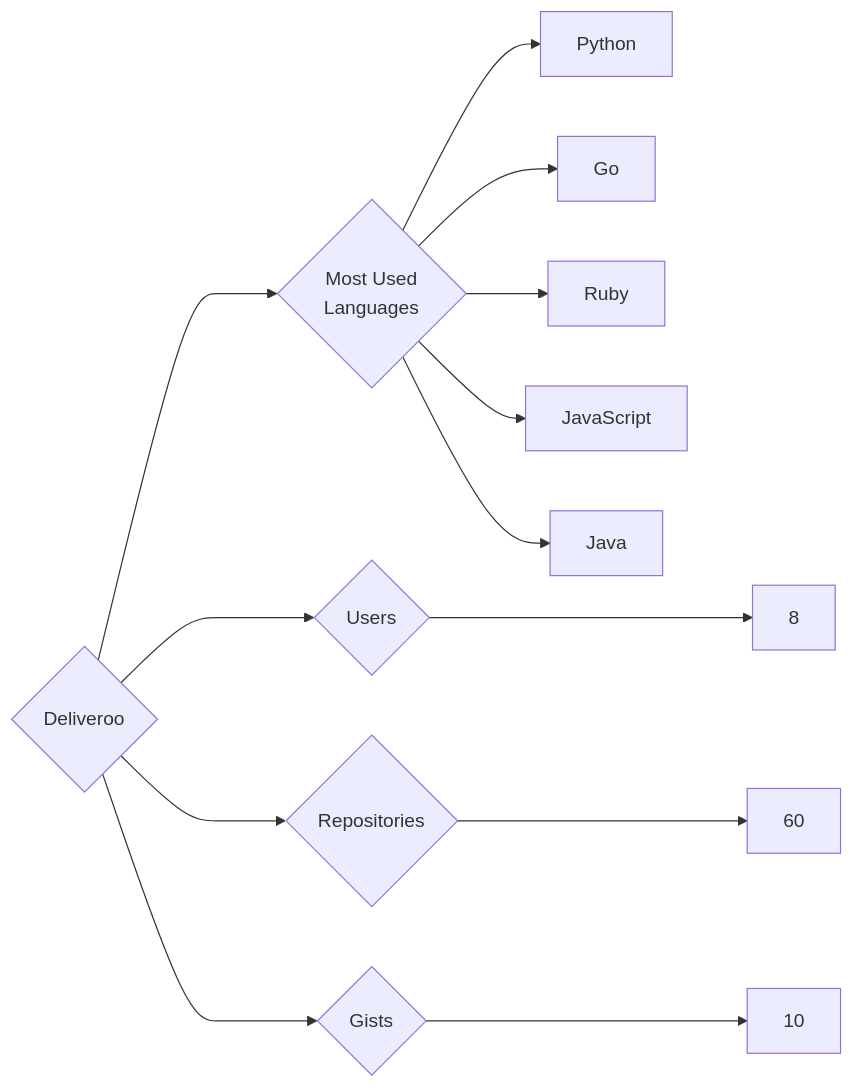
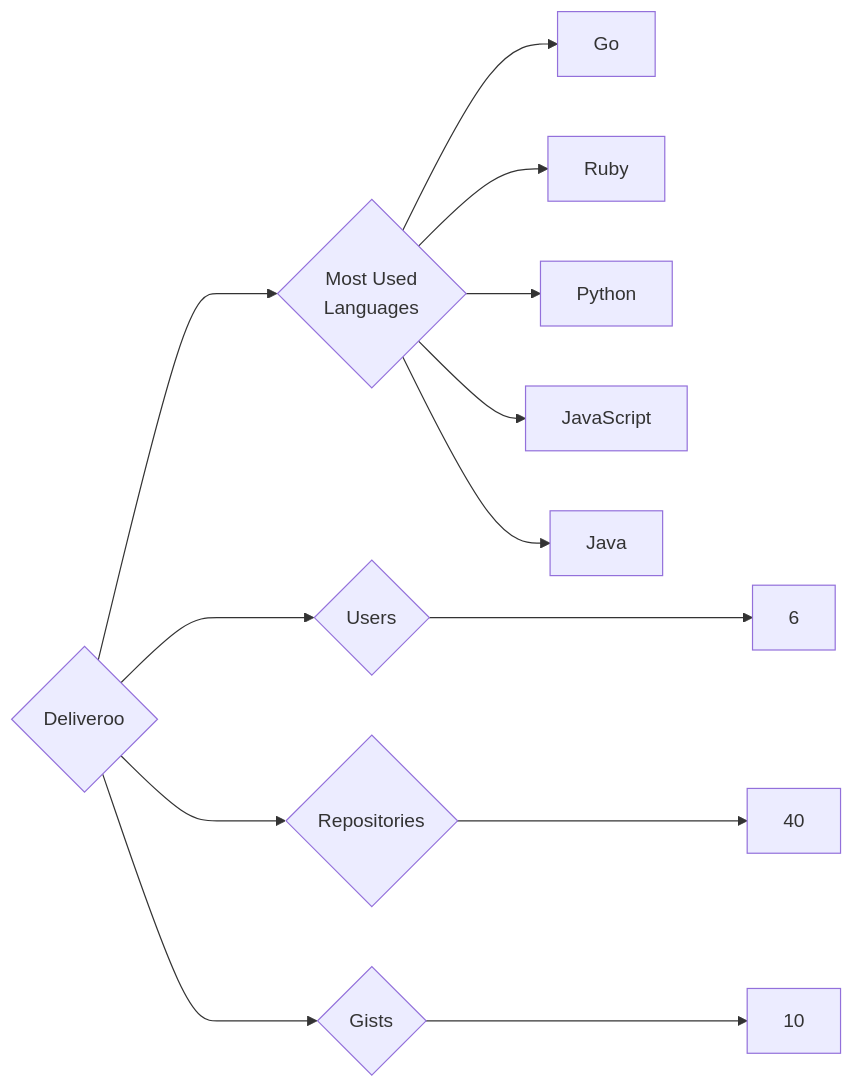
The diagram in targets/Deliveroo/README.md (trickest/insiders), drawn with Mermaid before and after one commit. The commit also changed 1120 other files, not shown here.

````diff
--- a/targets/Deliveroo/README.md
+++ b/targets/Deliveroo/README.md
@@ -3,13 +3,13 @@
 ```mermaid
 graph LR
 COMPANY_NAME{Deliveroo}
-COMPANY_NAME ---> U{Users} ---> UN[8]
-COMPANY_NAME ---> R{Repositories} ---> RN[60]
+COMPANY_NAME ---> U{Users} ---> UN[6]
+COMPANY_NAME ---> R{Repositories} ---> RN[40]
 COMPANY_NAME ---> G{Gists} ---> GN[10]
 COMPANY_NAME ---> ML{Most Used<br>Languages}
-ML --> Python[Python]
 ML --> Go[Go]
 ML --> Ruby[Ruby]
+ML --> Python[Python]
 ML --> JavaScript[JavaScript]
 ML --> Java[Java]
 ```
````
